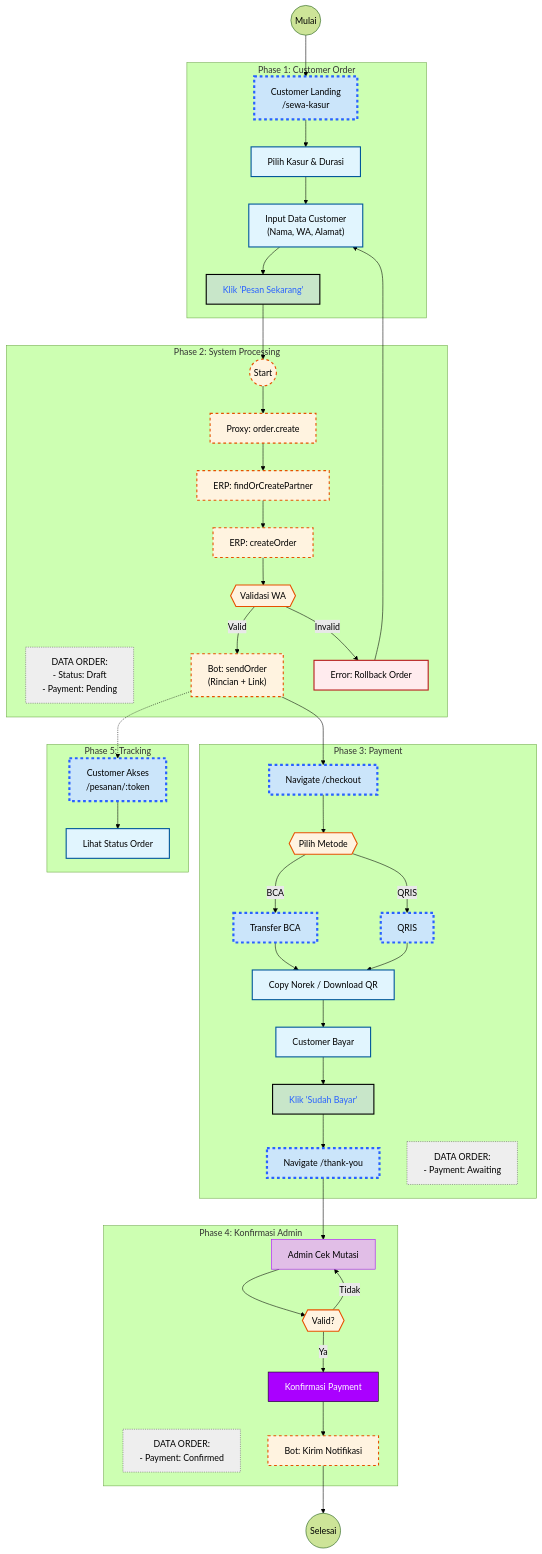
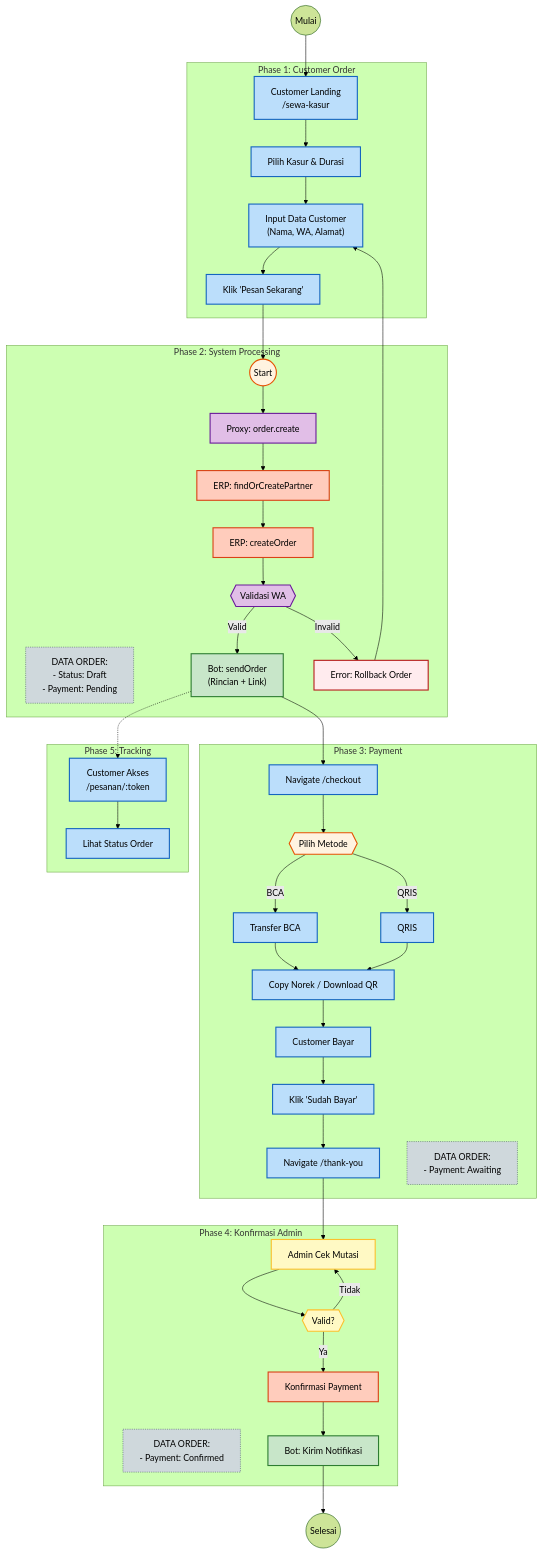
Before and after one commit to CarlitoDon/sync-erp: the diagram in docs/flows/santi-living-phase-1.mermaid, drawn with Mermaid (forest theme).

Commit message:
docs: update phase-1 classes to per-service styling
Classes now match service architecture:
- clientWeb (blue) - Santi Living Astro/Vercel
- proxyApi (purple) - Proxy Railway
- syncApi (orange) - Sync ERP API
- syncWeb (yellow) - Admin Dashboard
- botWa (green) - Bot WA Service
- database (gray) - Stored Data

```diff
--- a/docs/flows/santi-living-phase-1.mermaid
+++ b/docs/flows/santi-living-phase-1.mermaid
@@ -1,121 +1,133 @@
 flowchart TB
     subgraph Phase1["Phase 1: Customer Order"]
         n1["Customer Landing<br>/sewa-kasur"]
         n2["Pilih Kasur & Durasi"]
         n3["Input Data Customer<br>(Nama, WA, Alamat)"]
         n4@{ label: "Klik 'Pesan Sekarang'" }
     end
 
     subgraph Phase2["Phase 2: System Processing"]
         n5(("Start"))
         n6["Proxy: order.create"]
         n7["ERP: findOrCreatePartner"]
         n8["ERP: createOrder"]
         n9["DATA ORDER:<br>- Status: Draft<br>- Payment: Pending"]
         n10{{"Validasi WA"}}
         n11["Bot: sendOrder<br>(Rincian + Link)"]
         n12["Error: Rollback Order"]
     end
 
     subgraph Phase3["Phase 3: Payment"]
         n13["Navigate /checkout"]
         n14{{"Pilih Metode"}}
         n15["Transfer BCA"]
         n16["QRIS"]
         n17["Copy Norek / Download QR"]
         n18["Customer Bayar"]
         n19@{ label: "Klik 'Sudah Bayar'" }
         n20["Navigate /thank-you"]
         n21["DATA ORDER:<br>- Payment: Awaiting"]
     end
 
     subgraph Phase4["Phase 4: Konfirmasi Admin"]
         n22["Admin Cek Mutasi"]
         n23{{"Valid?"}}
         n24["Konfirmasi Payment"]
         n25["DATA ORDER:<br>- Payment: Confirmed"]
         n26["Bot: Kirim Notifikasi"]
     end
 
     subgraph Phase5["Phase 5: Tracking"]
         n27["Customer Akses<br>/pesanan/:token"]
         n28["Lihat Status Order"]
     end
 
     %% FLOW CONNECTIONS
     Start(("Mulai")) --> n1
     n1 --> n2
     n2 --> n3
     n3 --> n4
     n4 --> n5
     n5 --> n6
     n6 --> n7
     n7 --> n8
     n8 --> n10
     n10 -- Valid --> n11
     n10 -- Invalid --> n12
     n12 --> n3
     n11 --> n13
     n13 --> n14
     n14 -- BCA --> n15
     n14 -- QRIS --> n16
     n15 --> n17
     n16 --> n17
     n17 --> n18
     n18 --> n19
     n19 --> n20
     n20 --> n22
     n22 --> n23
     n23 -- Ya --> n24
     n23 -- Tidak --> n22
     n24 --> n26
     n26 --> End(("Selesai"))
     
     %% TRACKING FLOW (SEPARATE)
     n11 -.-> n27
     n27 --> n28
 
     %% BUTTON SHAPES
     n4@{ shape: rect }
     n19@{ shape: rect }
 
-    %% STYLE ASSIGNMENTS
-    n1:::pageNavigate
-    n2:::user
-    n3:::user
-    n4:::userEvent
+    %% STYLE ASSIGNMENTS - Per Service
+    %% Frontend (Santi Living Astro)
+    n1:::clientWeb
+    n2:::clientWeb
+    n3:::clientWeb
+    n4:::clientWeb
+    n13:::clientWeb
+    n15:::clientWeb
+    n16:::clientWeb
+    n17:::clientWeb
+    n18:::clientWeb
+    n19:::clientWeb
+    n20:::clientWeb
+    n27:::clientWeb
+    n28:::clientWeb
+
+    %% Proxy API (Railway)
+    n6:::proxyApi
+    n10:::proxyApi
+
+    %% Sync ERP API
+    n7:::syncApi
+    n8:::syncApi
+    n24:::syncApi
+
+    %% Bot WA Service
+    n11:::botWa
+    n26:::botWa
+
+    %% Admin Dashboard
+    n22:::syncWeb
+    n23:::syncWeb
+
+    %% Database/Stored Data
+    n9:::database
+    n21:::database
+    n25:::database
+
+    %% Error/End nodes
+    n12:::errorNode
     n5:::system
-    n6:::system
-    n7:::system
-    n8:::system
-    n9:::storedData
-    n10:::diam
-    n11:::system
-    n12:::endNode
-    n13:::pageNavigate
-    n14:::diam
-    n15:::pageNavigate
-    n16:::pageNavigate
-    n17:::user
-    n18:::user
-    n19:::userEvent
-    n20:::pageNavigate
-    n21:::storedData
-    n22:::Admin
-    n23:::diam
-    n24:::adminEvent
-    n25:::storedData
-    n26:::system
-    n27:::pageNavigate
-    n28:::user
+    n14:::system
 
-    %% CLASS DEFINITIONS
-    classDef pageNavigate stroke:#2962FF, fill:#cbe5fa, color:#000000, stroke-width:4px, stroke-dasharray:5
-    classDef userEvent stroke:#00C853, fill:#C8E6C9, color:#2962FF, stroke:#000000, stroke-width:2px
-    classDef user fill:#e1f5fe, stroke:#01579b, stroke-width:2px
-    classDef system fill:#fff3e0, stroke:#e65100, stroke-width:2px, stroke-dasharray:5 5
-    classDef Admin stroke:#AA00FF, fill:#E1BEE7, color:#000000
-    classDef adminEvent stroke:#000000, fill:#AA00FF, color:#FFFFFF
-    classDef endNode fill:#ffebee, stroke:#b71c1c, stroke-width:2px
-    classDef storedData fill:#eeeeee, stroke:#616161, stroke-width:1px, stroke-dasharray:2 2
-    classDef diam shape:diamond,fill:#fff3e0,stroke:#e65100,stroke-width:2px
+    %% CLASS DEFINITIONS - Per Service
+    classDef clientWeb fill:#bbdefb, stroke:#1565c0, stroke-width:2px, color:#000000
+    classDef proxyApi fill:#e1bee7, stroke:#6a1b9a, stroke-width:2px, color:#000000
+    classDef syncApi fill:#ffccbc, stroke:#d84315, stroke-width:2px, color:#000000
+    classDef syncWeb fill:#fff9c4, stroke:#fbc02d, stroke-width:2px, color:#000000
+    classDef botWa fill:#c8e6c9, stroke:#2e7d32, stroke-width:2px, color:#000000
+    classDef database fill:#cfd8dc, stroke:#455a64, stroke-width:1px, stroke-dasharray:2 2
+    classDef errorNode fill:#ffebee, stroke:#b71c1c, stroke-width:2px
+    classDef system fill:#fff3e0, stroke:#e65100, stroke-width:2px
```
